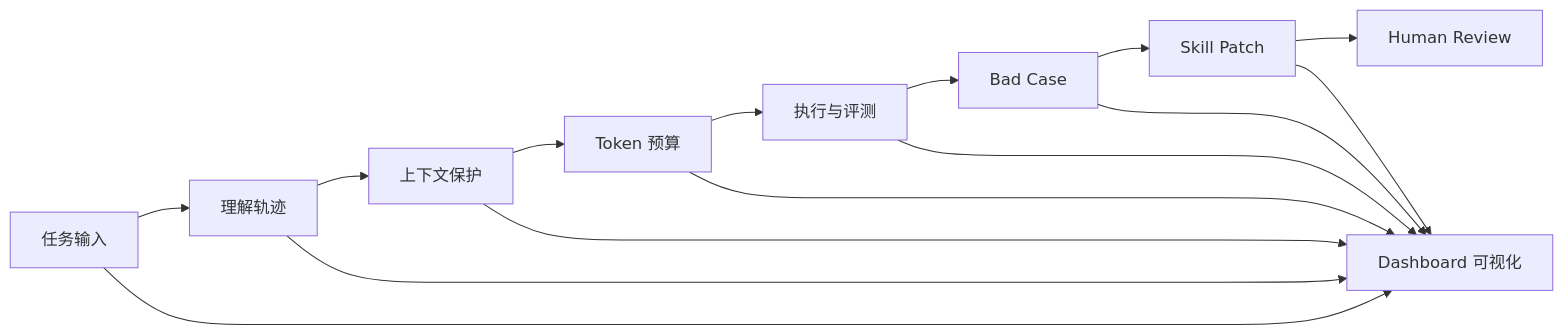
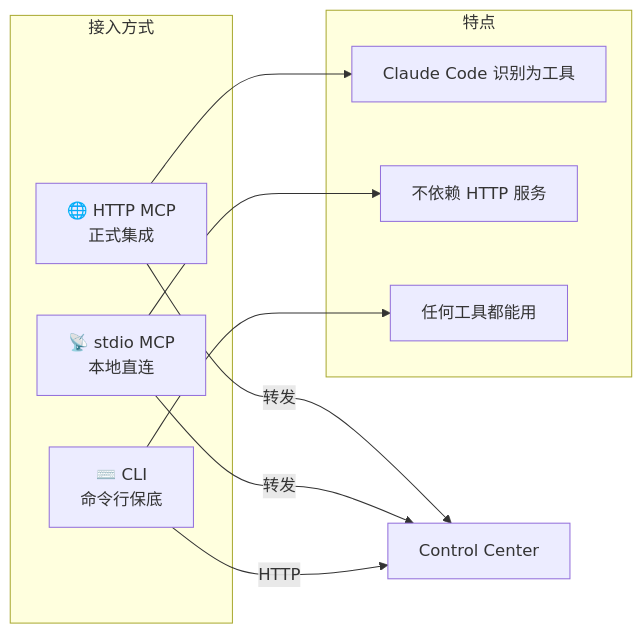
One commit to liuanye9-lab/OS-agent-slim changed the fifth of 7 diagrams in README.md. Above: the diagram before and after it, drawn with Mermaid. The commit also changed other lines of this file, not shown here.

````diff
--- a/README.md
+++ b/README.md
@@ -273,17 +203,18 @@
 ```mermaid
 flowchart LR
-    A[任务输入] --> B[理解轨迹]
-    B --> C[上下文保护]
-    C --> D[Token 预算]
-    D --> E[执行与评测]
-    E --> F[Bad Case]
-    F --> G[Skill Patch]
-    G --> H[Human Review]
-    A --> UI[Dashboard 可视化]
-    B --> UI
-    C --> UI
-    D --> UI
-    E --> UI
-    F --> UI
-    G --> UI
+    subgraph 接入方式
+        A[🌐 HTTP MCP<br/>正式集成]
+        B[📡 stdio MCP<br/>本地直连]
+        C[⌨️ CLI<br/>命令行保底]
+    end
+
+    subgraph 特点
+        A --> A1[Claude Code 识别为工具]
+        B --> B1[不依赖 HTTP 服务]
+        C --> C1[任何工具都能用]
+    end
+
+    A -->|转发| CC[Control Center]
+    B -->|转发| CC
+    C -->|HTTP| CC
 ```
````
